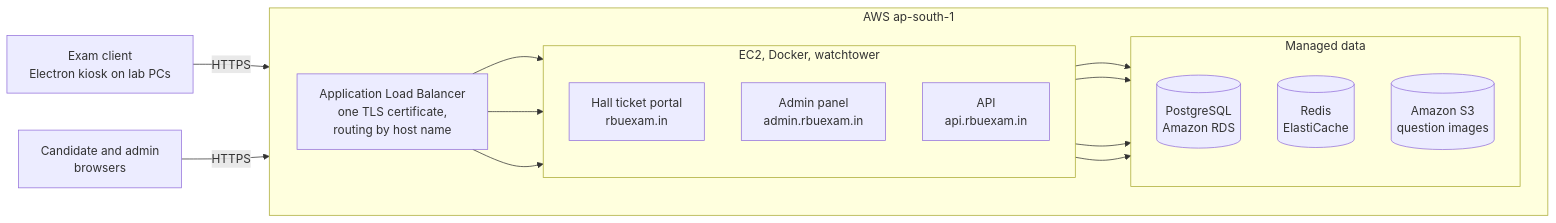
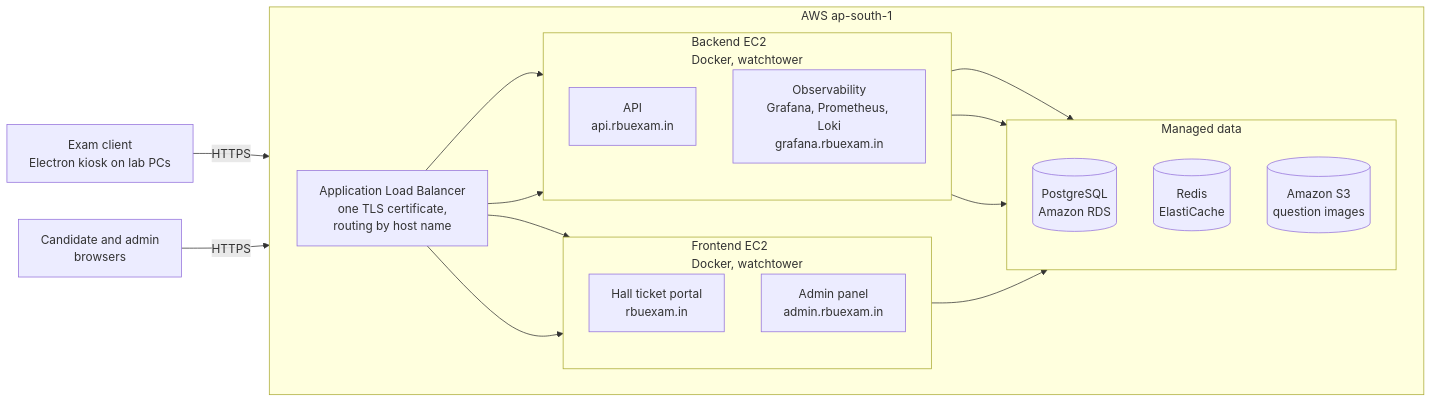
The first of 2 diagrams in .github/README.md (MasterBhuvnesh/WCL), drawn with Mermaid before and after one commit. The commit also changed other lines of this file, not shown here.

Commit message:
docs(readme): two-instance architecture diagram, observability, terraform

````diff
--- a/.github/README.md
+++ b/.github/README.md
@@ -54,32 +54,38 @@
 ```mermaid
 flowchart LR
     K["Exam client<br/>Electron kiosk on lab PCs"] -->|HTTPS| LB
     B["Candidate and admin<br/>browsers"] -->|HTTPS| LB
 
     subgraph AWS["AWS ap-south-1"]
         direction LR
         LB["Application Load Balancer<br/>one TLS certificate,<br/>routing by host name"]
 
-        subgraph EC2["EC2, Docker, watchtower"]
+        subgraph FE["Frontend EC2<br/>Docker, watchtower"]
             direction TB
             HT["Hall ticket portal<br/>rbuexam.in"]
             AD["Admin panel<br/>admin.rbuexam.in"]
+        end
+
+        subgraph BE["Backend EC2<br/>Docker, watchtower"]
+            direction TB
             API["API<br/>api.rbuexam.in"]
+            OBS["Observability<br/>Grafana, Prometheus, Loki<br/>grafana.rbuexam.in"]
         end
 
         subgraph DATA["Managed data"]
             direction TB
             PG[("PostgreSQL<br/>Amazon RDS")]
             RD[("Redis<br/>ElastiCache")]
             S3[("Amazon S3<br/>question images")]
         end
 
         LB --> HT
         LB --> AD
         LB --> API
+        LB --> OBS
         API --> PG
         API --> RD
         API --> S3
         HT --> PG
     end
 ```
````
